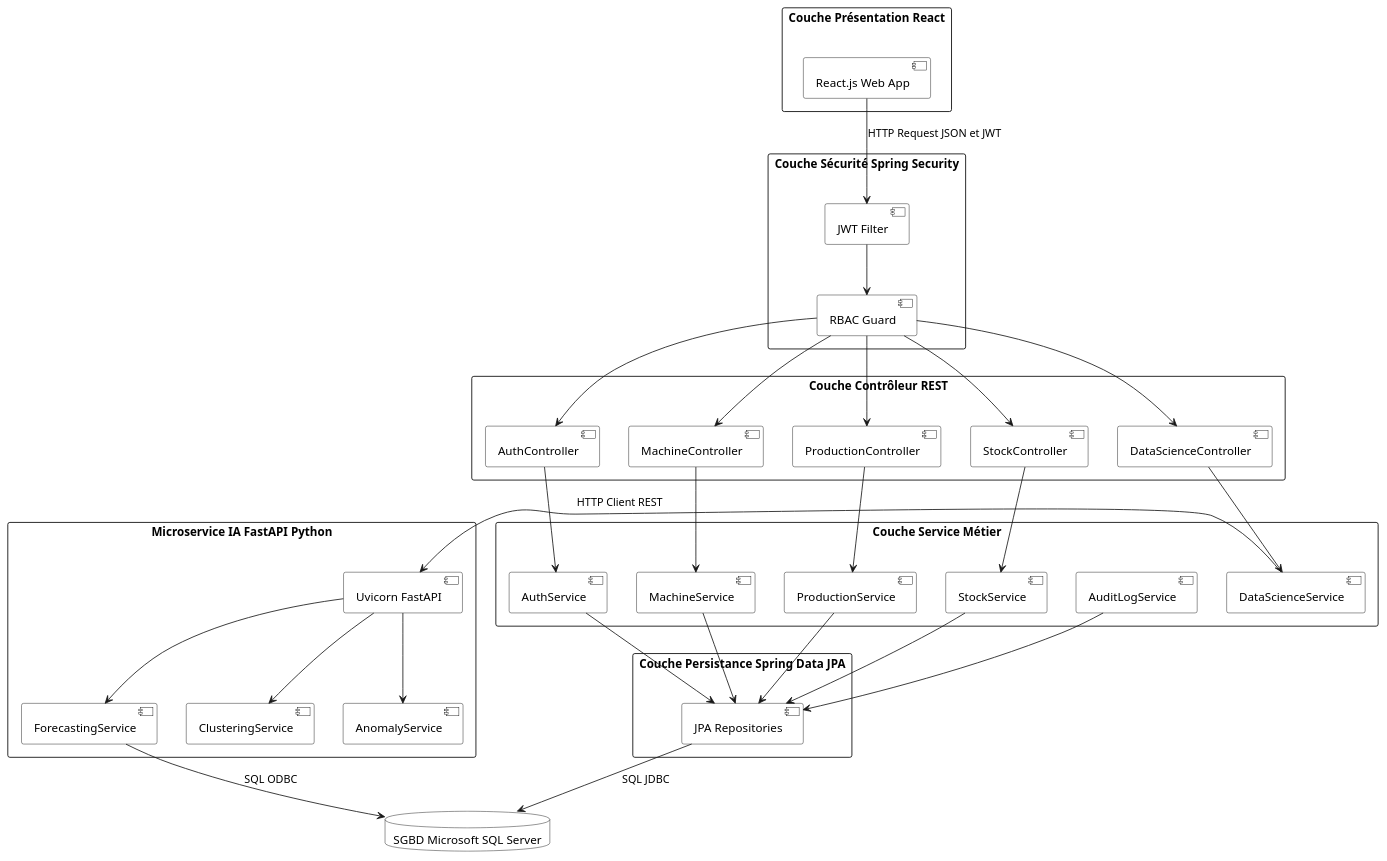
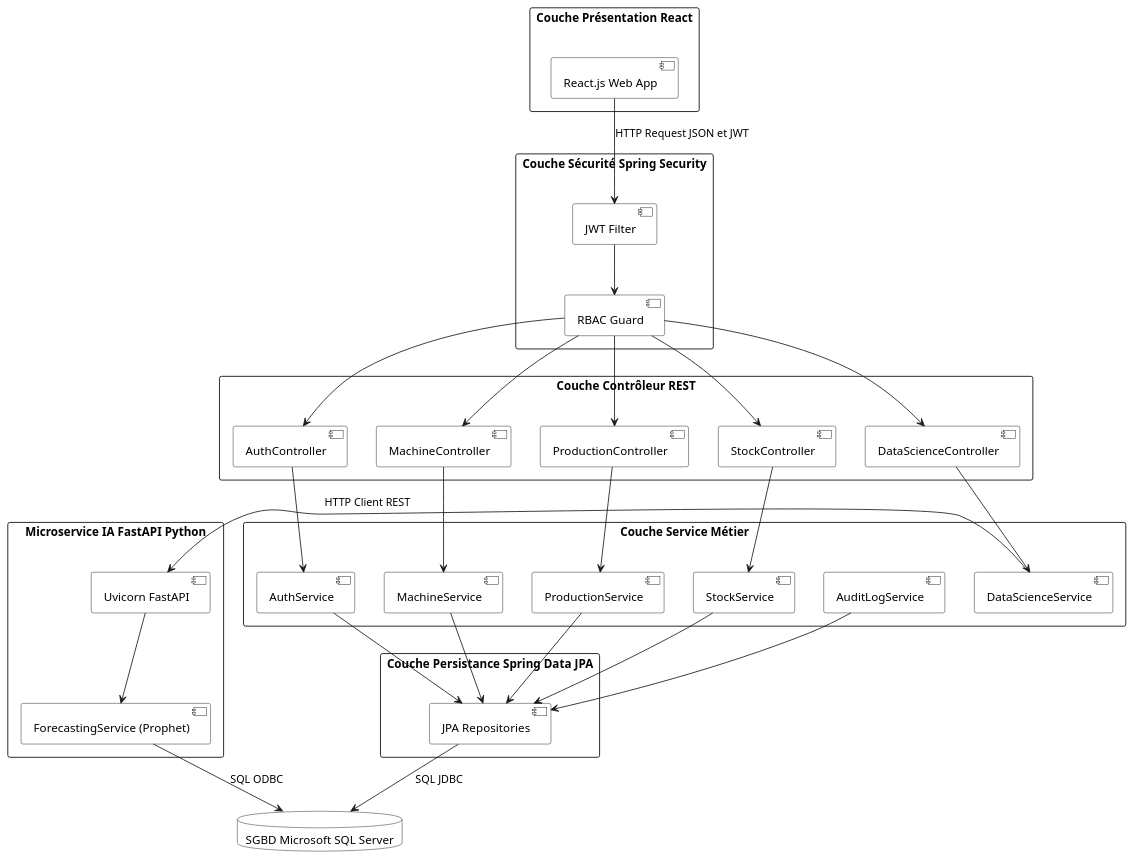
One commit to ayoubmek/PFE_data_science changed the diagram in Rapport/diagrams/arch_logique.puml. Above: the diagram before and after it, drawn with PlantUML. The commit also changed 34 other files, not shown here.

```diff
--- a/Rapport/diagrams/arch_logique.puml
+++ b/Rapport/diagrams/arch_logique.puml
@@ -1,85 +1,81 @@
 @startuml arch_logique
 skinparam packageStyle rect
 skinparam package {
     BackgroundColor White
     BorderColor Black
     FontSize 12
     FontName Arial
     FontStyle bold
 }
 skinparam component {
     BackgroundColor White
     BorderColor Black
 }
 skinparam database {
     BackgroundColor White
     BorderColor Black
 }
 
 package "Couche Présentation React" as PresLayer {
     component "React.js Web App" as ReactApp
 }
 
 package "Couche Sécurité Spring Security" as SecLayer {
     component "JWT Filter" as JWTAuth
     component "RBAC Guard" as RBACGuard
 }
 
 package "Couche Contrôleur REST" as ControllerLayer {
     component "AuthController" as AuthCtrl
     component "MachineController" as MachineCtrl
     component "ProductionController" as ProdCtrl
     component "StockController" as StockCtrl
     component "DataScienceController" as DSCtrl
 }
 
 package "Couche Service Métier" as ServiceLayer {
     component "AuthService" as AuthServ
     component "MachineService" as MachineServ
     component "ProductionService" as ProdServ
     component "StockService" as StockServ
     component "DataScienceService" as DSServ
     component "AuditLogService" as AuditServ
 }
 
 package "Microservice IA FastAPI Python" as MLService {
     component "Uvicorn FastAPI" as FastAPIApp
-    component "ForecastingService" as ForecastServ
-    component "ClusteringService" as ClusterServ
-    component "AnomalyService" as AnomalyServ
+    component "ForecastingService (Prophet)" as ForecastServ
 }
 
 package "Couche Persistance Spring Data JPA" as RepoLayer {
     component "JPA Repositories" as JPARepo
 }
 
 database "SGBD Microsoft SQL Server" as DB
 
 ReactApp -down-> JWTAuth : HTTP Request JSON et JWT
 JWTAuth -down-> RBACGuard
 RBACGuard -down-> AuthCtrl
 RBACGuard -down-> MachineCtrl
 RBACGuard -down-> ProdCtrl
 RBACGuard -down-> StockCtrl
 RBACGuard -down-> DSCtrl
 
 AuthCtrl -down-> AuthServ
 MachineCtrl -down-> MachineServ
 ProdCtrl -down-> ProdServ
 StockCtrl -down-> StockServ
 DSCtrl -down-> DSServ
 
 DSServ -right-> FastAPIApp : HTTP Client REST
 FastAPIApp -down-> ForecastServ
-FastAPIApp -down-> ClusterServ
-FastAPIApp -down-> AnomalyServ
 
 AuthServ -down-> JPARepo
 MachineServ -down-> JPARepo
 ProdServ -down-> JPARepo
 StockServ -down-> JPARepo
 AuditServ -down-> JPARepo
 
 JPARepo -down-> DB : SQL JDBC
 ForecastServ -down-> DB : SQL ODBC
 @enduml
```
